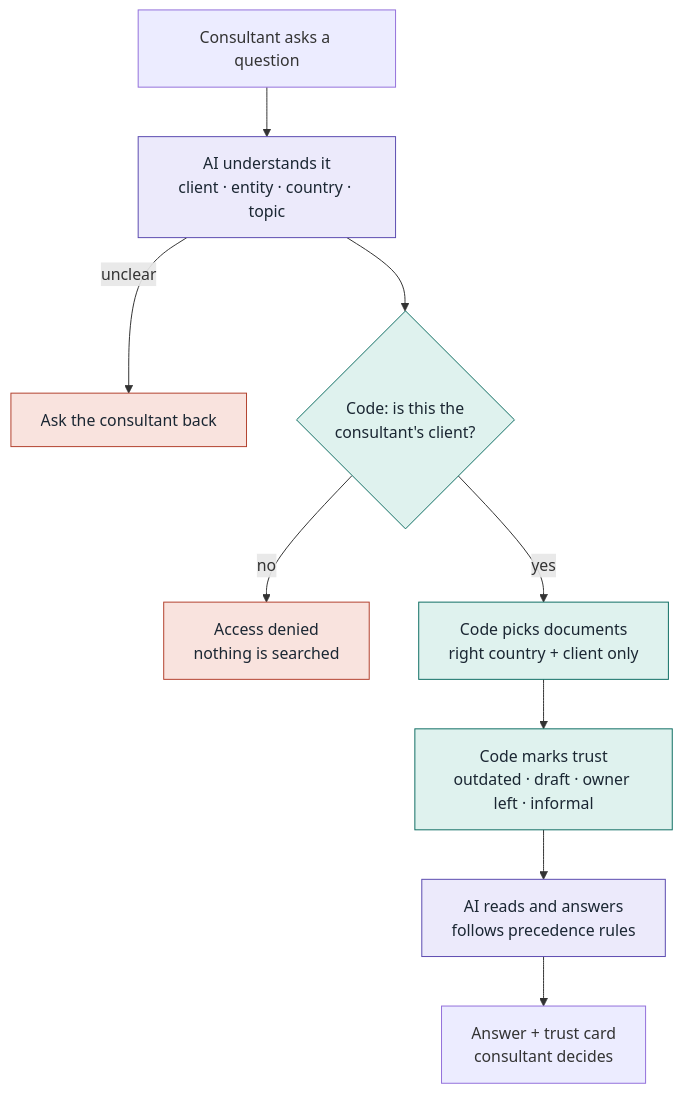
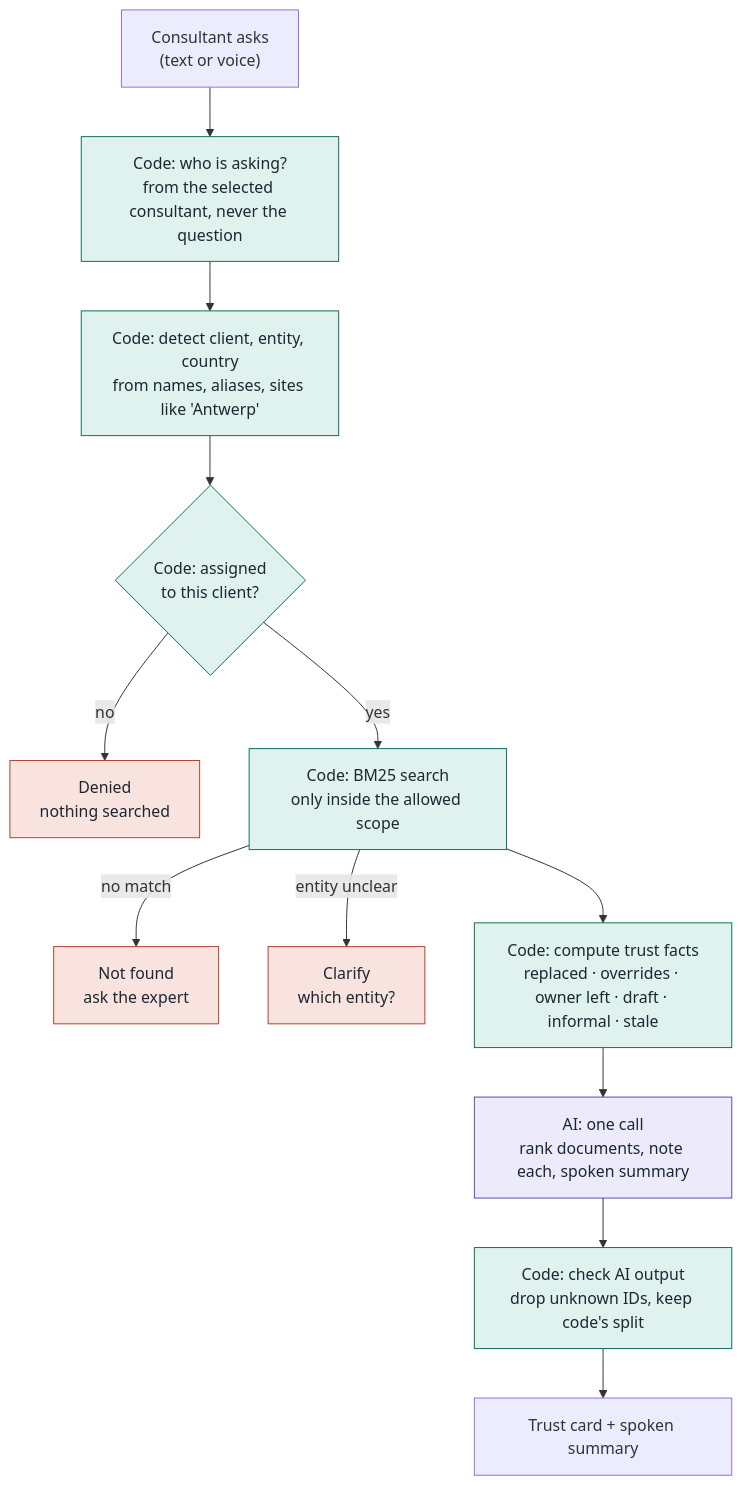
The first of 3 diagrams in README.md (XVmecha/Smirnof_drinkers_sd_worx), drawn with Mermaid before and after one commit. The commit also changed other lines of this file, not shown here.

First line of the commit message:
Revise README for clarity and detail on Trusted Answers

````diff
--- a/README.md
+++ b/README.md
@@ -46,18 +61,21 @@
 ```mermaid
 flowchart TD
-    A["Consultant asks a question"] --> B["AI understands it<br/>client · entity · country · topic"]
-    B -->|unclear| X["Ask the consultant back"]
-    B --> C{"Code: is this the<br/>consultant's client?"}
-    C -->|no| D["Access denied<br/>nothing is searched"]
-    C -->|yes| E["Code picks documents<br/>right country + client only"]
-    E --> F["Code marks trust<br/>outdated · draft · owner left · informal"]
-    F --> G["AI reads and answers<br/>follows precedence rules"]
-    G --> H["Answer + trust card<br/>consultant decides"]
+    A["Consultant asks<br/>(text or voice)"] --> B["Code: who is asking?<br/>from the selected consultant, never the question"]
+    B --> C["Code: detect client, entity, country<br/>from names, aliases, sites like 'Antwerp'"]
+    C --> D{"Code: assigned<br/>to this client?"}
+    D -->|no| X1["Denied<br/>nothing searched"]
+    D -->|yes| E["Code: BM25 search<br/>only inside the allowed scope"]
+    E -->|no match| X2["Not found<br/>ask the expert"]
+    E -->|entity unclear| X3["Clarify<br/>which entity?"]
+    E --> F["Code: compute trust facts<br/>replaced · overrides · owner left · draft · informal · stale"]
+    F --> G["AI: one call<br/>rank documents, note each, spoken summary"]
+    G --> H["Code: check AI output<br/>drop unknown IDs, keep code's split"]
+    H --> I["Trust card + spoken summary"]
 
     classDef ai fill:#ECEAFB,stroke:#5B4BB0,color:#1B2733
     classDef code fill:#DFF2EE,stroke:#0F6E63,color:#1B2733
     classDef stop fill:#F9E3DE,stroke:#B3412E,color:#1B2733
-    class B,G ai
-    class C,E,F code
-    class X,D stop
+    class G ai
+    class B,C,D,E,F,H code
+    class X1,X2,X3 stop
 ```
````
